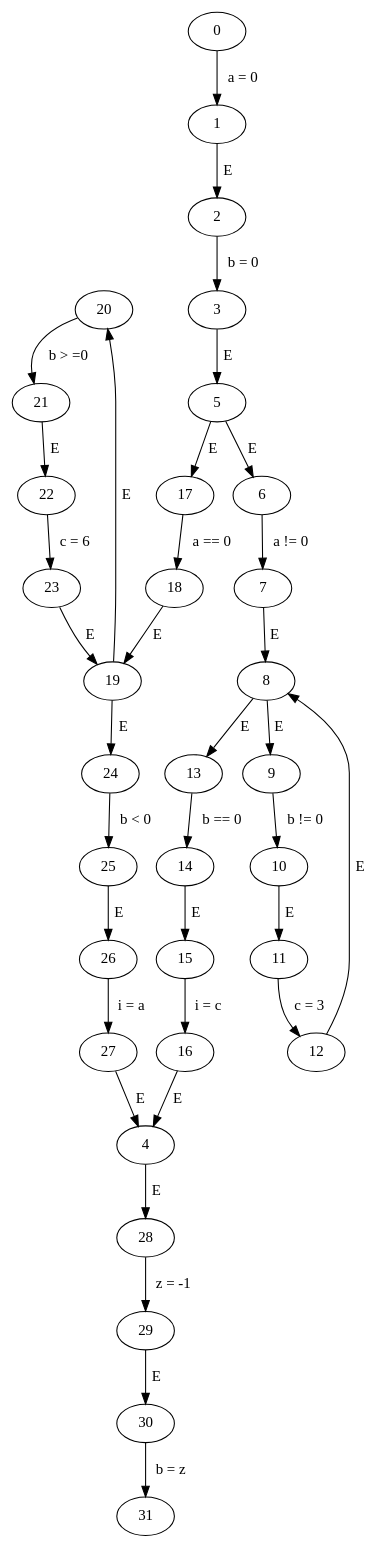
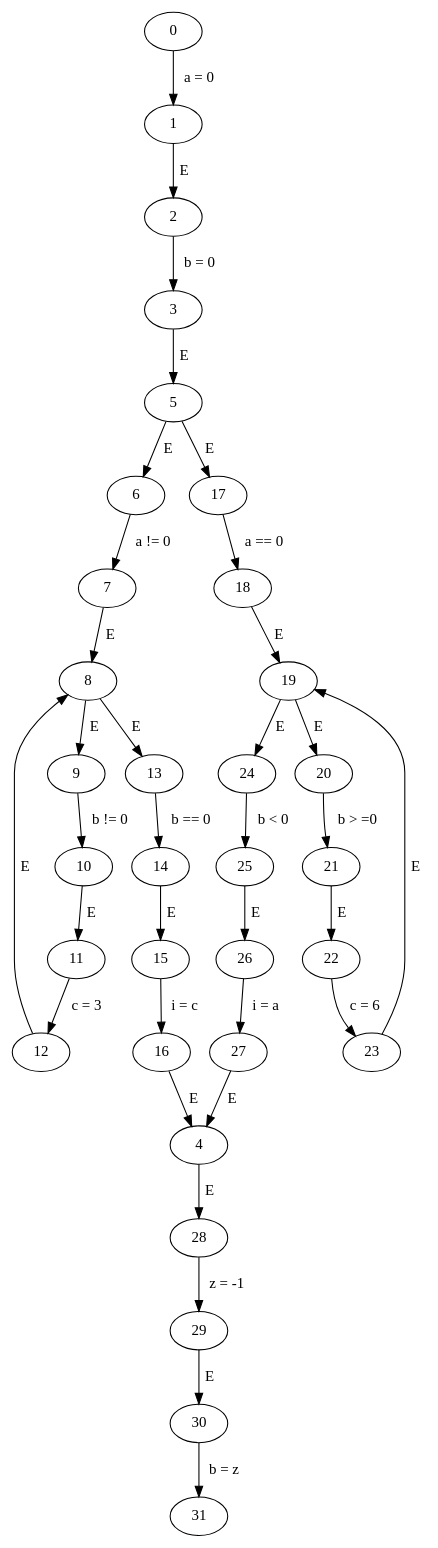
Before and after one commit to Harman309/project6: the diagram in code/cfgs/ambwhile/ambwhile.gv, drawn with Graphviz. The commit also changed other lines of this file and 35 other files, not shown here.

```diff
--- a/code/cfgs/ambwhile/ambwhile.gv
+++ b/code/cfgs/ambwhile/ambwhile.gv
@@ -1,37 +1,37 @@
 // ambwhile
 digraph {
-	20 -> 21 [label=" b > =0 "]
-	6 -> 7 [label=" a != 0 "]
-	21 -> 22 [label=" E "]
-	28 -> 29 [label=" z = -1 "]
-	22 -> 23 [label=" c = 6 "]
-	25 -> 26 [label=" E "]
-	23 -> 19 [label=" E "]
-	4 -> 28 [label=" E "]
-	29 -> 30 [label=" E "]
-	3 -> 5 [label=" E "]
-	12 -> 8 [label=" E "]
-	18 -> 19 [label=" E "]
 	7 -> 8 [label=" E "]
 	16 -> 4 [label=" E "]
-	5 -> 6 [label=" E "]
-	17 -> 18 [label=" a == 0 "]
-	27 -> 4 [label=" E "]
-	5 -> 17 [label=" E "]
+	12 -> 8 [label=" E "]
+	29 -> 30 [label=" E "]
+	14 -> 15 [label=" E "]
+	25 -> 26 [label=" E "]
+	6 -> 7 [label=" a != 0 "]
+	18 -> 19 [label=" E "]
+	8 -> 9 [label=" E "]
+	3 -> 5 [label=" E "]
+	26 -> 27 [label=" i = a "]
+	15 -> 16 [label=" i = c "]
+	19 -> 24 [label=" E "]
+	23 -> 19 [label=" E "]
+	11 -> 12 [label=" c = 3 "]
 	24 -> 25 [label=" b < 0 "]
-	19 -> 24 [label=" E "]
-	30 -> 31 [label=" b = z "]
-	15 -> 16 [label=" i = c "]
-	14 -> 15 [label=" E "]
-	9 -> 10 [label=" b != 0 "]
-	10 -> 11 [label=" E "]
-	11 -> 12 [label=" c = 3 "]
+	22 -> 23 [label=" c = 6 "]
 	1 -> 2 [label=" E "]
-	2 -> 3 [label=" b = 0 "]
-	26 -> 27 [label=" i = a "]
-	0 -> 1 [label=" a = 0 "]
-	8 -> 9 [label=" E "]
 	13 -> 14 [label=" b == 0 "]
 	8 -> 13 [label=" E "]
+	2 -> 3 [label=" b = 0 "]
+	5 -> 17 [label=" E "]
+	0 -> 1 [label=" a = 0 "]
+	17 -> 18 [label=" a == 0 "]
+	10 -> 11 [label=" E "]
+	21 -> 22 [label=" E "]
+	5 -> 6 [label=" E "]
+	27 -> 4 [label=" E "]
+	9 -> 10 [label=" b != 0 "]
 	19 -> 20 [label=" E "]
+	20 -> 21 [label=" b > =0 "]
+	28 -> 29 [label=" z = -1 "]
+	30 -> 31 [label=" b = z "]
+	4 -> 28 [label=" E "]
 }
```
